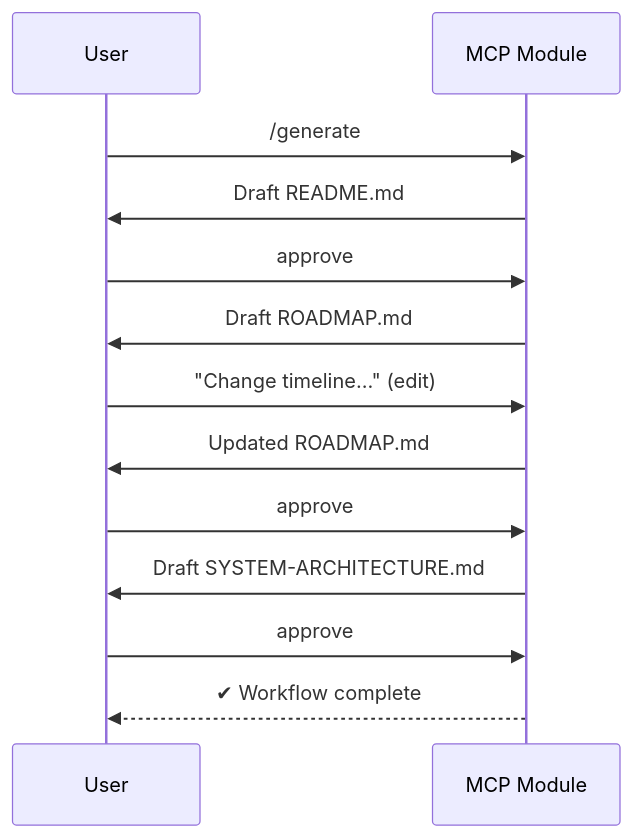
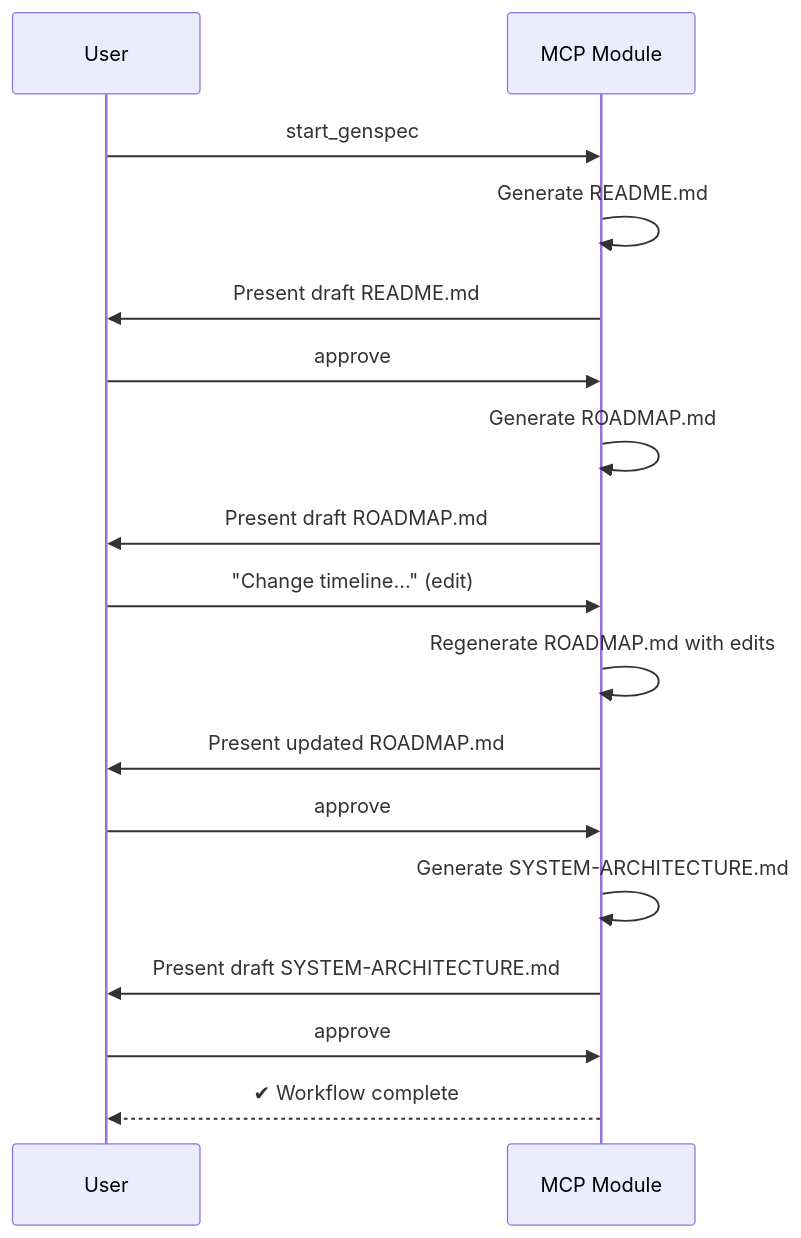
One commit to iamhenry/GenSpec-MCP changed the diagram in prd.md. Above: the diagram before and after it, drawn with Mermaid. The commit also changed other lines of this file and 4 other files, not shown here.

Commit message:
docs: update PRD.md with start_genspec and continuation workflows

`````diff
--- a/prd.md
+++ b/prd.md
@@ -55,15 +71,19 @@
 ```mermaid
 sequenceDiagram
     participant U as User
     participant M as MCP Module
-    U->>M: /generate
-    M->>U: Draft README.md
+    U->>M: start_genspec
+    M->>M: Generate README.md
+    M->>U: Present draft README.md
     U->>M: approve
-    M->>U: Draft ROADMAP.md
+    M->>M: Generate ROADMAP.md
+    M->>U: Present draft ROADMAP.md
     U->>M: "Change timeline…" (edit)
-    M->>U: Updated ROADMAP.md
+    M->>M: Regenerate ROADMAP.md with edits
+    M->>U: Present updated ROADMAP.md
     U->>M: approve
-    M->>U: Draft SYSTEM-ARCHITECTURE.md
+    M->>M: Generate SYSTEM-ARCHITECTURE.md
+    M->>U: Present draft SYSTEM-ARCHITECTURE.md
     U->>M: approve
     M-->>U: ✔ Workflow complete
 ````
`````
